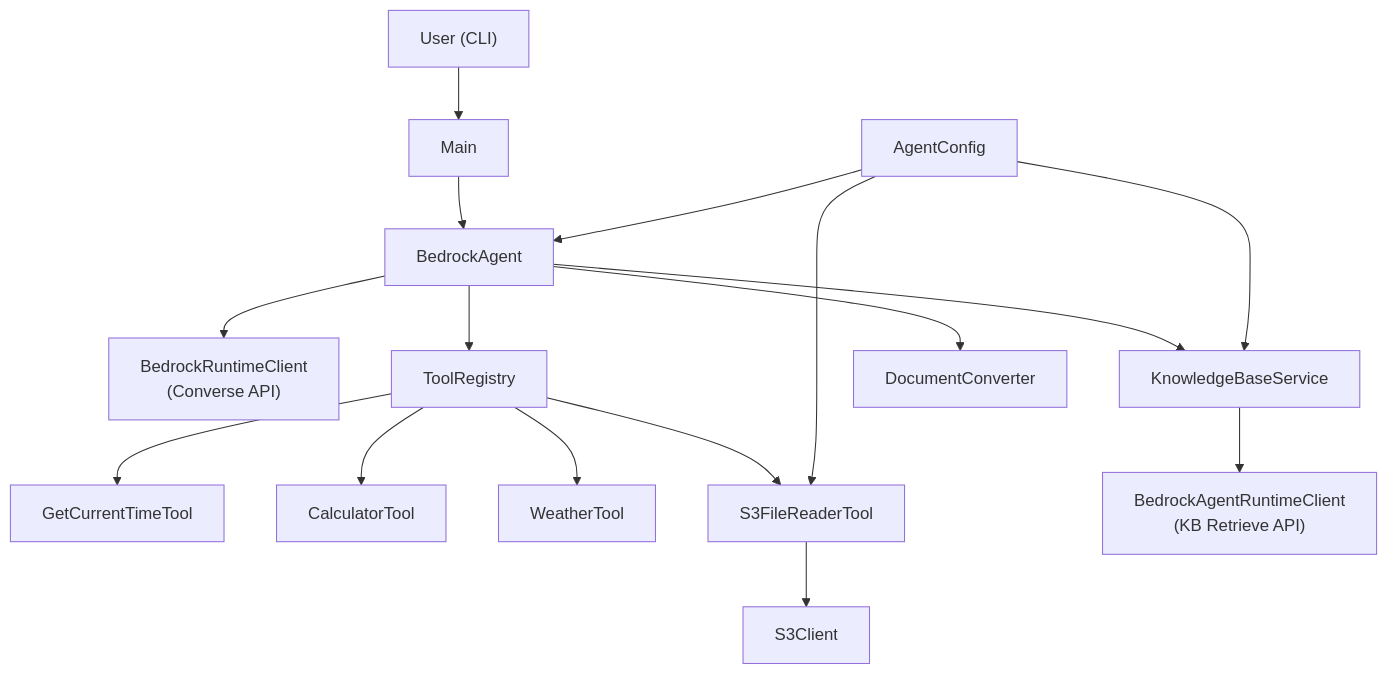
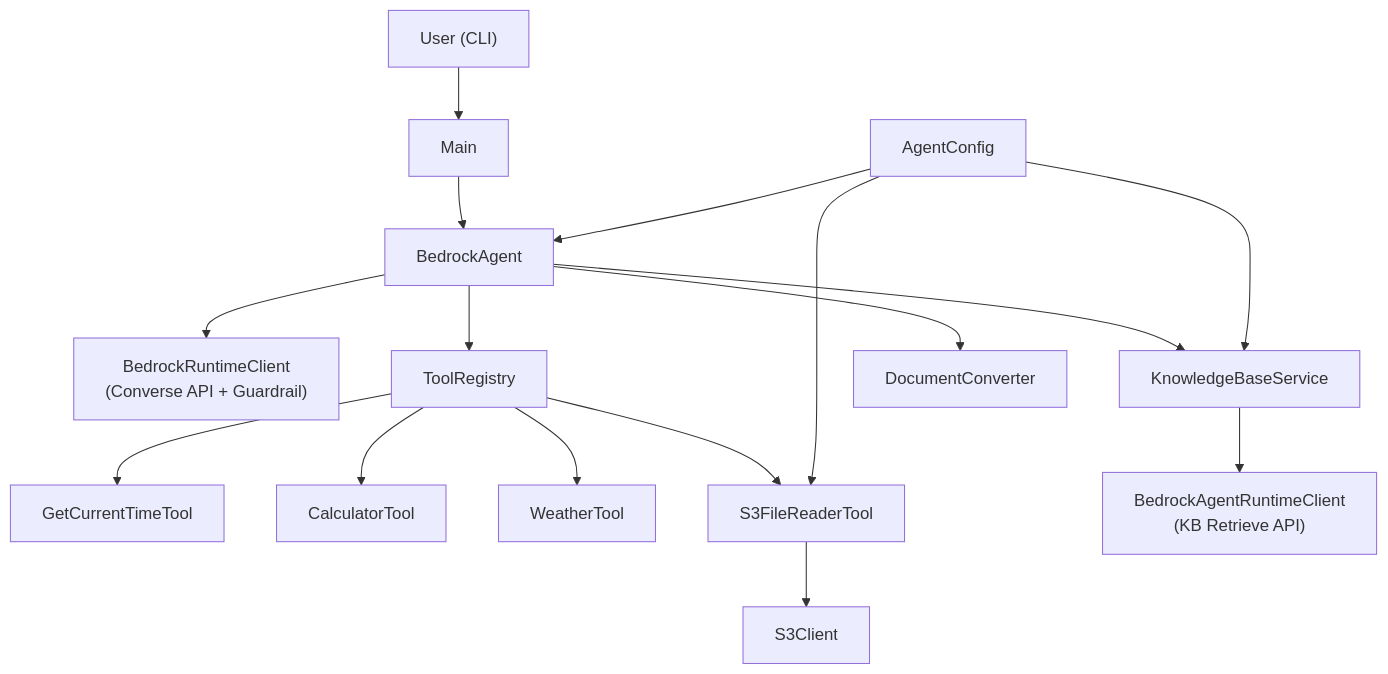
Before and after one commit to pvadlakonda/bedrock-java-agent: the first of 2 diagrams in .kiro/specs/bedrock-java-agent/design.md, drawn with Mermaid. The commit also changed other lines of this file and 10 other files, not shown here.

````diff
--- a/.kiro/specs/bedrock-java-agent/design.md
+++ b/.kiro/specs/bedrock-java-agent/design.md
@@ -26,18 +26,18 @@
 ```mermaid
 graph TD
     User["User (CLI)"] --> Main
     Main --> BedrockAgent
-    BedrockAgent --> BedrockRuntimeClient["BedrockRuntimeClient\n(Converse API)"]
+    BedrockAgent --> BedrockRuntimeClient["BedrockRuntimeClient\n(Converse API + Guardrail)"]
     BedrockAgent --> ToolRegistry
     BedrockAgent --> KnowledgeBaseService
     ToolRegistry --> GetCurrentTimeTool
     ToolRegistry --> CalculatorTool
     ToolRegistry --> WeatherTool
     ToolRegistry --> S3FileReaderTool
     KnowledgeBaseService --> BedrockAgentRuntimeClient["BedrockAgentRuntimeClient\n(KB Retrieve API)"]
     S3FileReaderTool --> S3Client
     BedrockAgent --> DocumentConverter
     AgentConfig --> BedrockAgent
     AgentConfig --> KnowledgeBaseService
     AgentConfig --> S3FileReaderTool
 ```
````
